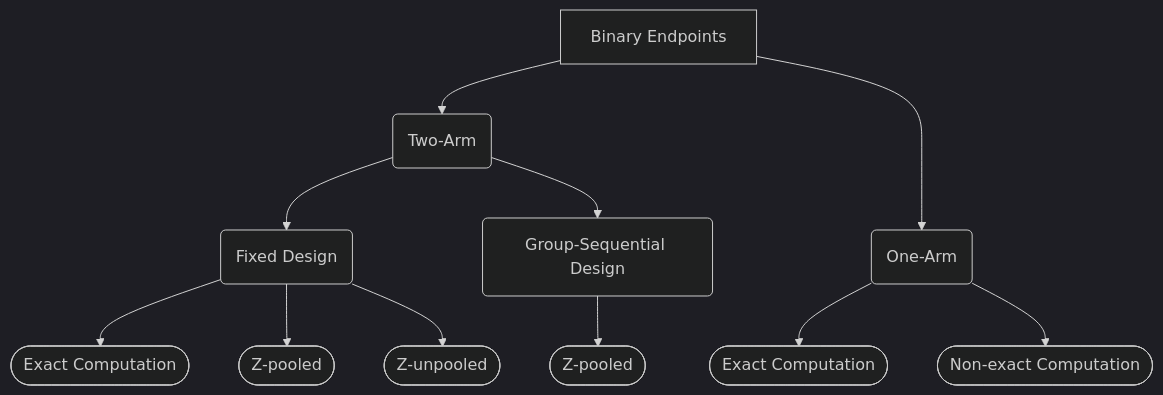
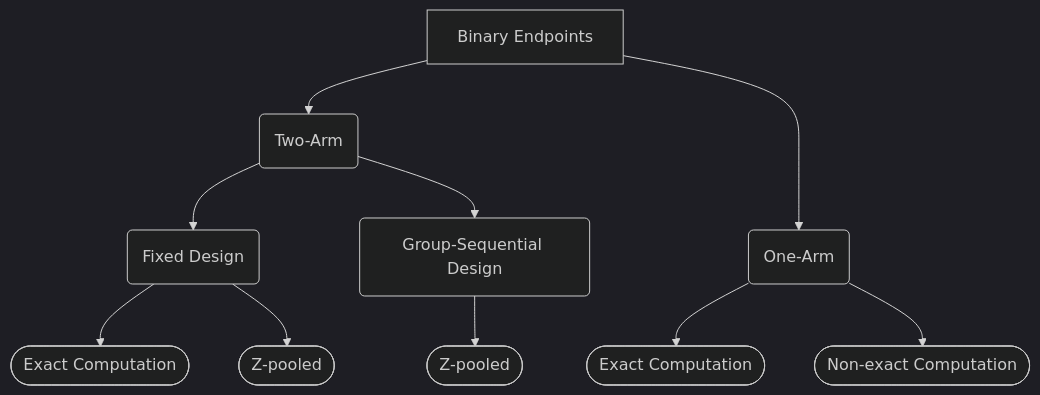
The second of 2 diagrams in site-files/book/bin/binary-endpoints.qmd (Oncostat/sample-size-comparison), drawn with Mermaid before and after one commit. The commit also changed other lines of this file and 3 other files, not shown here.

````diff
--- a/site-files/book/bin/binary-endpoints.qmd
+++ b/site-files/book/bin/binary-endpoints.qmd
@@ -26,17 +25,16 @@
 ```{mermaid}
 ---
 config:
   theme: dark
 ---
 flowchart TB
   AB[Binary Endpoints] --> ABA(Two-Arm)
     ABA --> ABAA(Fixed Design)
       ABAA --> ABAAA([Exact Computation])
       ABAA --> ABAAB([Z-pooled])
-      ABAA --> ABAAC([Z-unpooled])
     ABA --> ABAB(Group-Sequential Design)
       ABAB --> ABABA([Z-pooled])
   AB ---> ABB(One-Arm)
     ABB --> ABBA([Exact Computation])
     ABB --> ABBB([Non-exact Computation])
 ```
````
